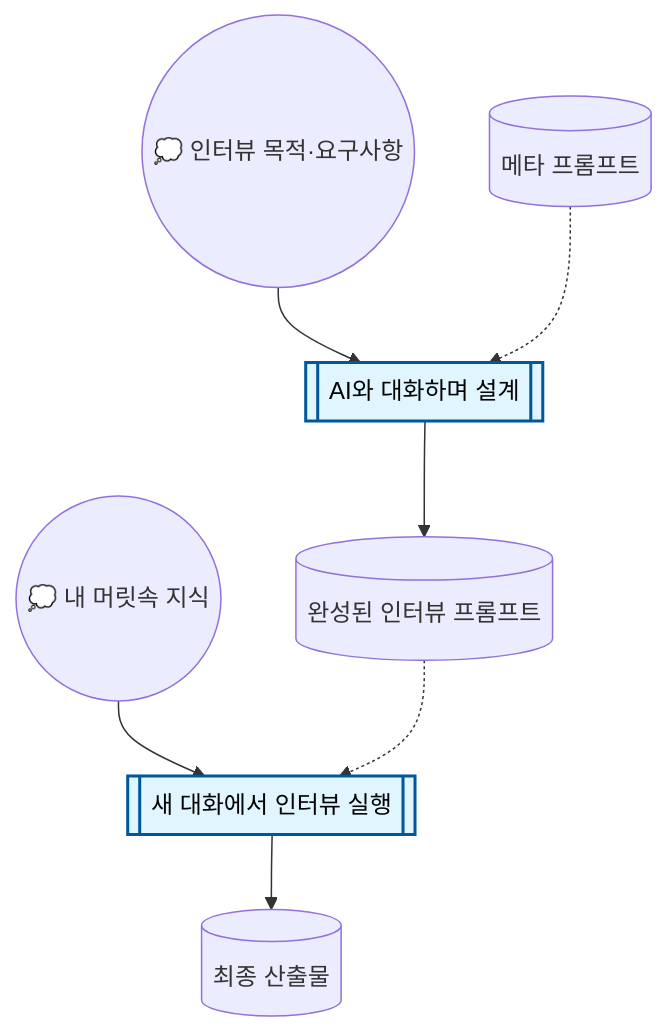
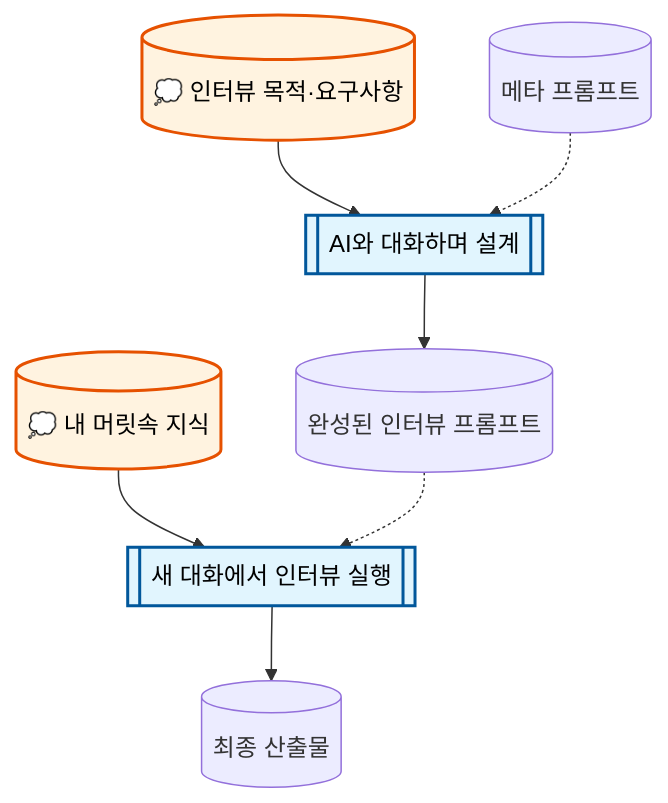
Before and after one commit to isnbh0/yooshin-demo-data: the second of 2 diagrams in prompt-kit/README.md, drawn with Mermaid. The commit also changed other lines of this file, not shown here.

Commit message:
fix: 머릿속 지식 노드를 원형에서 실린더로 변경, 주황색 스타일로 구분

````diff
--- a/prompt-kit/README.md
+++ b/prompt-kit/README.md
@@ -34,17 +35,18 @@
 ```mermaid
 flowchart TD
-    목적((💭 인터뷰 목적·요구사항))
+    목적[("💭 인터뷰 목적·요구사항")]:::head
     메타[("메타 프롬프트")]
     설계[["AI와 대화하며 설계"]]:::proc
     프롬프트[("완성된 인터뷰 프롬프트")]
-    지식((💭 내 머릿속 지식))
+    지식[("💭 내 머릿속 지식")]:::head
     인터뷰[["새 대화에서 인터뷰 실행"]]:::proc
     산출물[("최종 산출물")]
 
     목적 --> 설계 --> 프롬프트
     메타 -.-> 설계
     지식 --> 인터뷰 --> 산출물
     프롬프트 -.-> 인터뷰
 
     classDef proc fill:#e1f5fe,stroke:#01579b,stroke-width:2px,color:#000
+    classDef head fill:#fff3e0,stroke:#e65100,stroke-width:2px,color:#000
 ```
````
